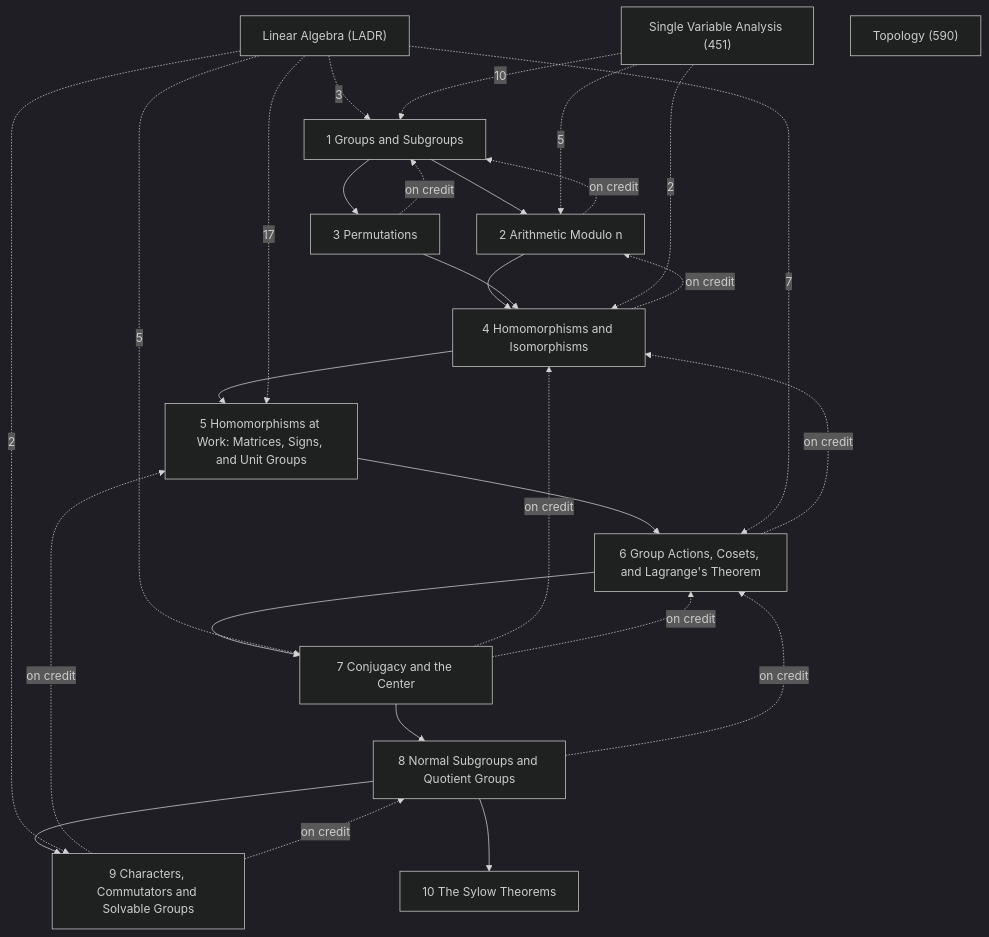
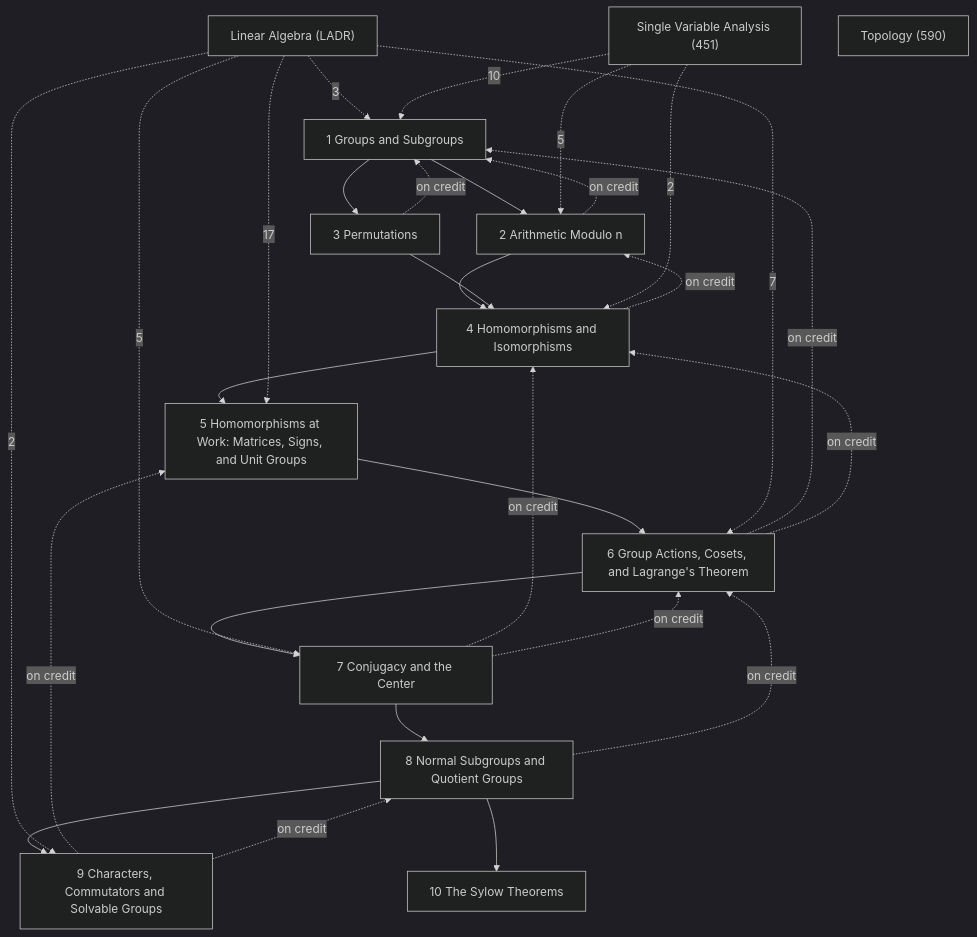
One commit to Onion20040508/notes changed the diagram in Math/Group Theory/Group Theory.md. Above: the diagram before and after it, drawn with Mermaid (dark theme). The commit also changed 58 other files, not shown here.

````diff
--- a/Math/Group Theory/Group Theory.md
+++ b/Math/Group Theory/Group Theory.md
@@ -27,43 +27,44 @@
 ```mermaid
 graph TD
   C1["1 Groups and Subgroups"]
   C2["2 Arithmetic Modulo n"]
   C3["3 Permutations"]
   C4["4 Homomorphisms and Isomorphisms"]
   C5["5 Homomorphisms at Work: Matrices, Signs, and Unit Groups"]
   C6["6 Group Actions, Cosets, and Lagrange's Theorem"]
   C7["7 Conjugacy and the Center"]
   C8["8 Normal Subgroups and Quotient Groups"]
   C9["9 Characters, Commutators and Solvable Groups"]
   C10["10 The Sylow Theorems"]
   X1["Linear Algebra (LADR)"]
   X2["Single Variable Analysis (451)"]
   X3["Topology (590)"]
   C1 --> C2
   C1 --> C3
   C2 --> C4
   C3 --> C4
   C4 --> C5
   C5 --> C6
   C6 --> C7
   C7 --> C8
   C8 --> C9
   C8 --> C10
   C2 -.->|on credit| C1
   C3 -.->|on credit| C1
   C4 -.->|on credit| C2
+  C6 -.->|on credit| C1
   C6 -.->|on credit| C4
   C7 -.->|on credit| C4
   C7 -.->|on credit| C6
   C8 -.->|on credit| C6
   C9 -.->|on credit| C5
   C9 -.->|on credit| C8
   X1 -.->|3| C1
   X1 -.->|17| C5
   X1 -.->|7| C6
   X1 -.->|5| C7
   X1 -.->|2| C9
   X2 -.->|10| C1
   X2 -.->|5| C2
   X2 -.->|2| C4
 ```
````
